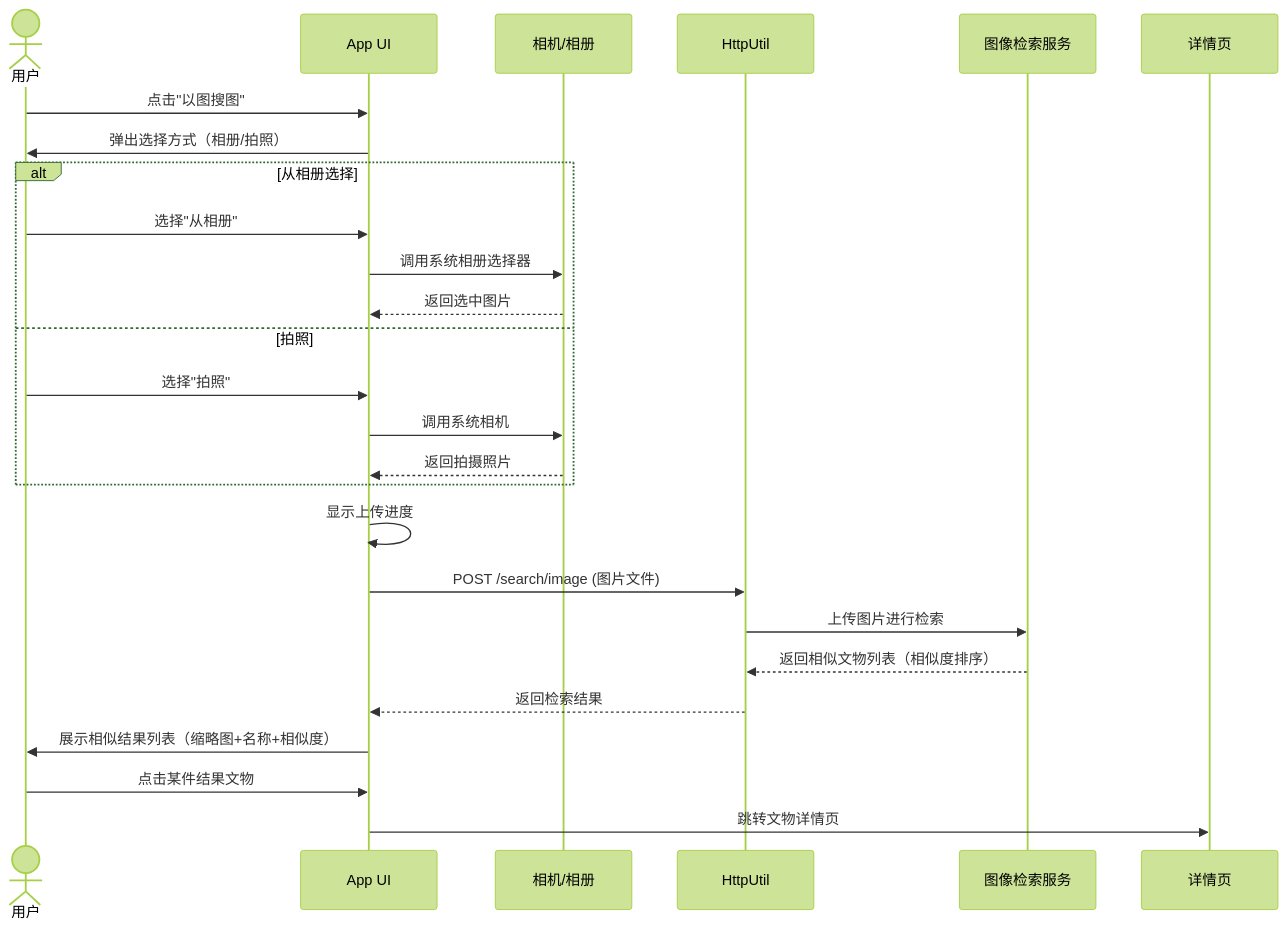
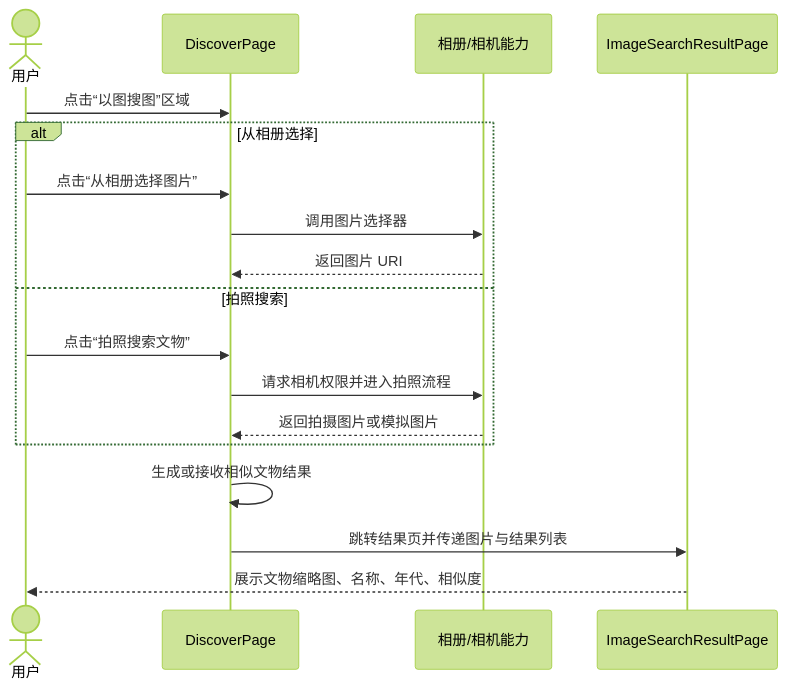
The third of 6 diagrams in Doc/需求规格说明书.md (BUCT-CS2301/PalmMuseum), drawn with Mermaid (forest theme) before and after one commit. The commit also changed other lines of this file, not shown here.

````diff
--- a/Doc/需求规格说明书.md
+++ b/Doc/需求规格说明书.md
@@ -268,32 +286,21 @@
 ```mermaid
 sequenceDiagram
     actor 用户
-    participant App as App UI
-    participant Camera as 相机/相册
-    participant HttpUtil as HttpUtil
-    participant API as 图像检索服务
-    participant Detail as 详情页
+    participant Discover as DiscoverPage
+    participant Picker as 相册/相机能力
+    participant Result as ImageSearchResultPage
 
-    用户->>App: 点击"以图搜图"
-    App->>用户: 弹出选择方式（相册/拍照）
-    
+    用户->>Discover: 点击“以图搜图”区域
     alt 从相册选择
-        用户->>App: 选择"从相册"
-        App->>Camera: 调用系统相册选择器
-        Camera-->>App: 返回选中图片
-    else 拍照
-        用户->>App: 选择"拍照"
-        App->>Camera: 调用系统相机
-        Camera-->>App: 返回拍摄照片
+        用户->>Discover: 点击“从相册选择图片”
+        Discover->>Picker: 调用图片选择器
+        Picker-->>Discover: 返回图片 URI
+    else 拍照搜索
+        用户->>Discover: 点击“拍照搜索文物”
+        Discover->>Picker: 请求相机权限并进入拍照流程
+        Picker-->>Discover: 返回拍摄图片或模拟图片
     end
-    
-    App->>App: 显示上传进度
-    App->>HttpUtil: POST /search/image (图片文件)
-    HttpUtil->>API: 上传图片进行检索
-    API-->>HttpUtil: 返回相似文物列表（相似度排序）
-    HttpUtil-->>App: 返回检索结果
-    
-    App->>用户: 展示相似结果列表（缩略图+名称+相似度）
-    用户->>App: 点击某件结果文物
-    App->>Detail: 跳转文物详情页
+    Discover->>Discover: 生成或接收相似文物结果
+    Discover->>Result: 跳转结果页并传递图片与结果列表
+    Result-->>用户: 展示文物缩略图、名称、年代、相似度
 ```
````
